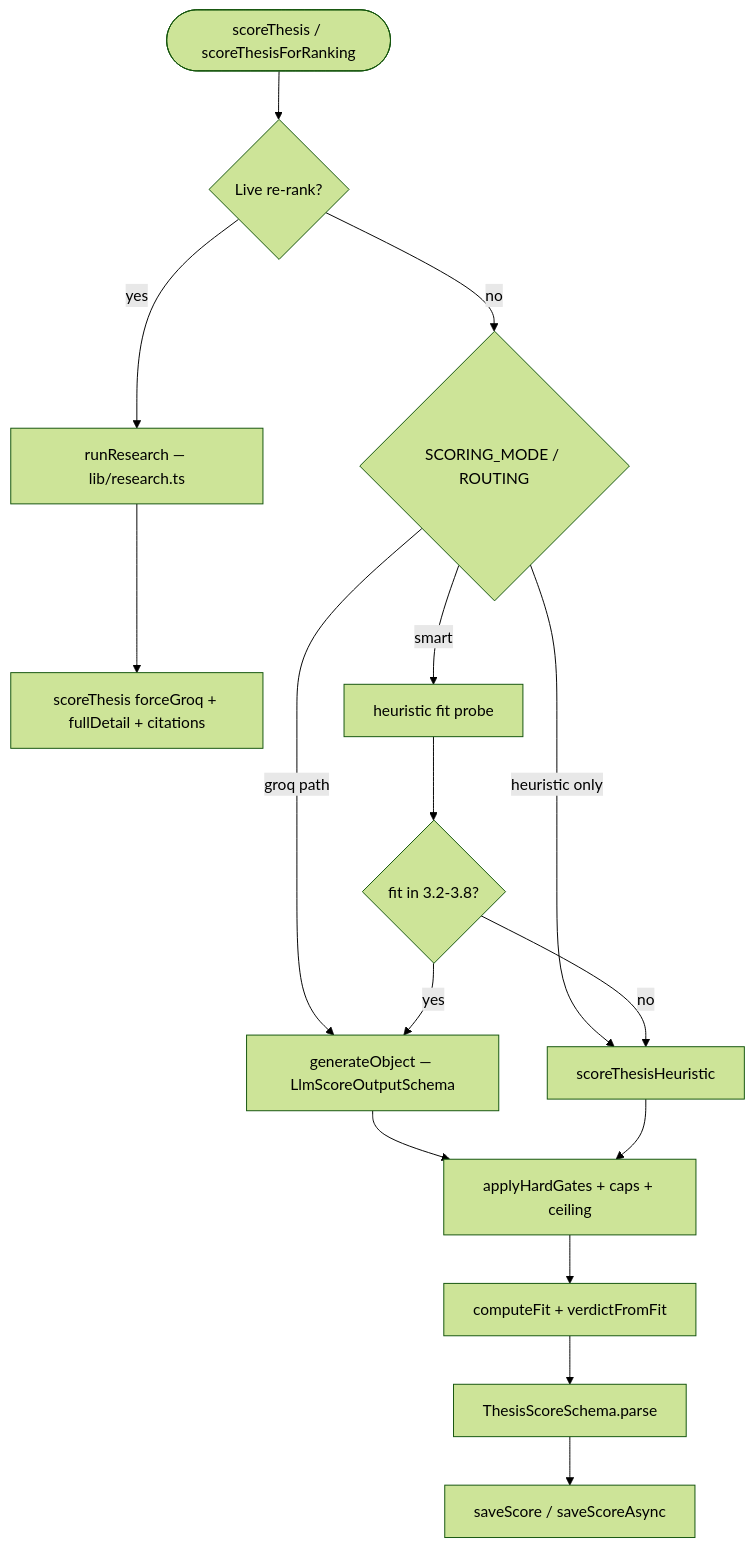
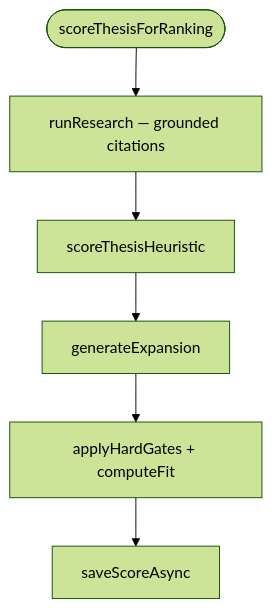
One commit to Manoj7ar/Hatch105-Project changed diagram 13 of 31 in README.md. Above: the diagram before and after it, drawn with Mermaid (forest theme). The commit also changed other lines of this file and 47 other files, not shown here.

First line of the commit message:
Use deterministic scoring for ranking; reserve Gemini for chat only.

````diff
--- a/README.md
+++ b/README.md
@@ -512,18 +495,8 @@
 ```mermaid
 flowchart TD
-  START([scoreThesis / scoreThesisForRanking]) --> RES{Live re-rank?}
-  RES -->|yes| RR[runResearch — lib/research.ts]
-  RR --> FG[scoreThesis forceGroq + fullDetail + citations]
-  RES -->|no| MODE{SCORING_MODE / ROUTING}
-  MODE -->|heuristic only| HEU[scoreThesisHeuristic]
-  MODE -->|groq path| GROQ[generateObject — LlmScoreOutputSchema]
-  MODE -->|smart| HEU2[heuristic fit probe]
-  HEU2 --> BAND{fit in 3.2-3.8?}
-  BAND -->|no| HEU
-  BAND -->|yes| GROQ
-  GROQ --> GATE[applyHardGates + caps + ceiling]
-  HEU --> GATE
-  GATE --> FIT[computeFit + verdictFromFit]
-  FIT --> ZOD[ThesisScoreSchema.parse]
-  ZOD --> SAVE[saveScore / saveScoreAsync]
+  START([scoreThesisForRanking]) --> RES[runResearch — grounded citations]
+  RES --> HEU[scoreThesisHeuristic]
+  HEU --> EXP[generateExpansion]
+  EXP --> GATE[applyHardGates + computeFit]
+  GATE --> SAVE[saveScoreAsync]
 ```
````
